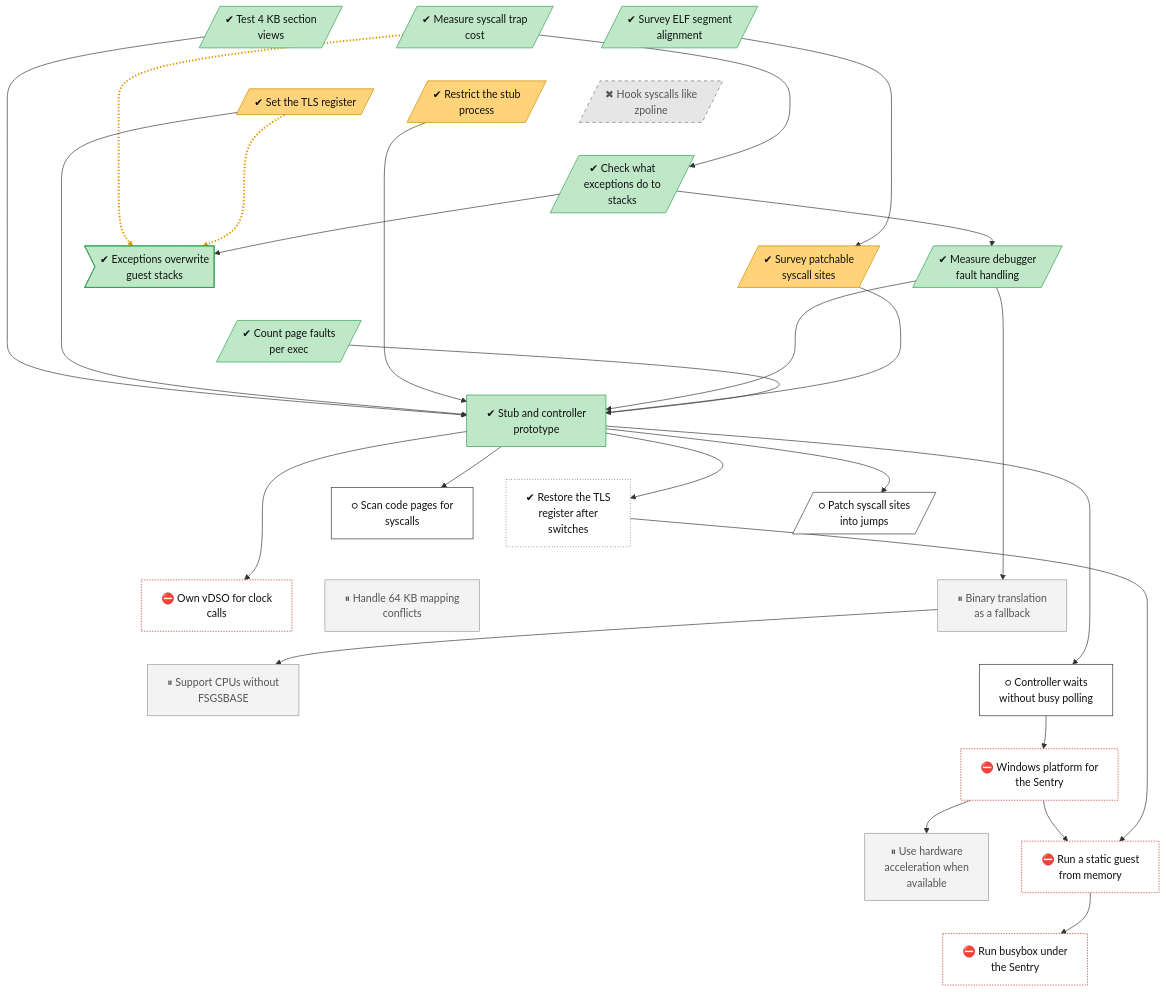
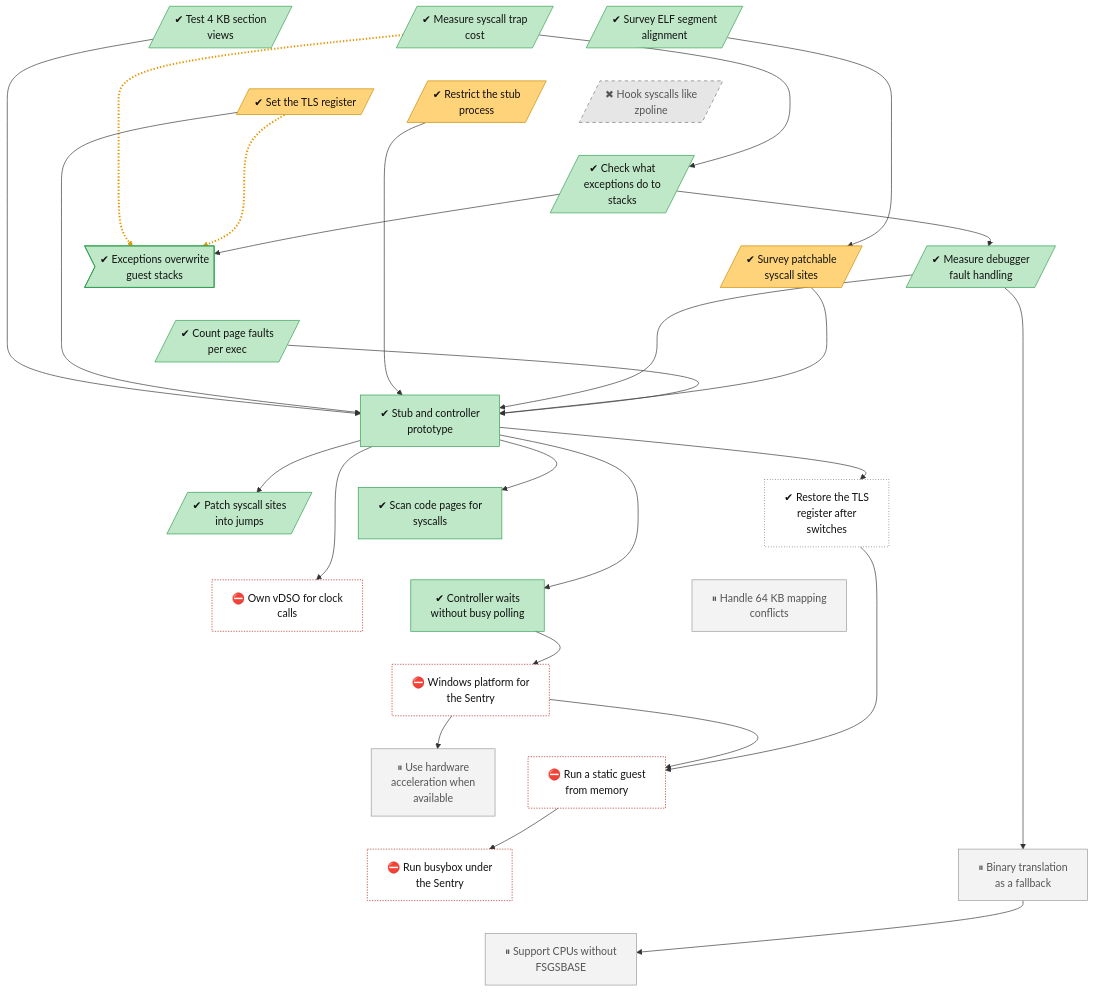
The diagram in docs/roadmap/tracks/platform.md (lhns/gvisor-windows), drawn with Mermaid before and after one commit. The commit also changed other lines of this file and 4 other files, not shown here.

````diff
--- a/docs/roadmap/tracks/platform.md
+++ b/docs/roadmap/tracks/platform.md
@@ -21,18 +21,18 @@
     platform_syscall_site_survey[/"✔ Survey patchable<br/>syscall sites"/]
     platform_faults_per_exec[/"✔ Count page faults<br/>per exec"/]
     platform_stub_controller["✔ Stub and controller<br/>prototype"]
+    platform_page_verification["✔ Scan code pages for<br/>syscalls"]
+    platform_syscall_fast_path[/"✔ Patch syscall sites<br/>into jumps"/]
     platform_fs_base_repair["✔ Restore the TLS<br/>register after<br/>switches"]
-    platform_page_verification["○ Scan code pages for<br/>syscalls"]
-    platform_syscall_fast_path[/"○ Patch syscall sites<br/>into jumps"/]
+    platform_controller_wakeups["✔ Controller waits<br/>without busy polling"]
     platform_own_vdso["⛔ Own vDSO for clock<br/>calls"]
     platform_64k_mapping_conflicts["⏸ Handle 64 KB mapping<br/>conflicts"]
-    platform_binary_translation_fallback["⏸ Binary translation<br/>as a fallback"]
-    platform_no_fsgsbase_fallback["⏸ Support CPUs without<br/>FSGSBASE"]
-    platform_controller_wakeups["○ Controller waits<br/>without busy polling"]
     platform_winstub["⛔ Windows platform for<br/>the Sentry"]
     platform_hardware_acceleration["⏸ Use hardware<br/>acceleration when<br/>available"]
     platform_static_guest_from_memory["⛔ Run a static guest<br/>from memory"]
     platform_busybox_on_windows["⛔ Run busybox under<br/>the Sentry"]
+    platform_binary_translation_fallback["⏸ Binary translation<br/>as a fallback"]
+    platform_no_fsgsbase_fallback["⏸ Support CPUs without<br/>FSGSBASE"]
     platform_elf_alignment_survey ~~~ platform_tls_register
     platform_trap_cost ~~~ platform_restricted_stub
     platform_4k_section_views ~~~ platform_zpoline_hooks
@@ -46,21 +46,21 @@
     platform_debug_event_cost ~~~ platform_faults_per_exec
     platform_syscall_site_survey ~~~ platform_faults_per_exec
     platform_faults_per_exec ~~~ platform_stub_controller
-    platform_stub_controller ~~~ platform_fs_base_repair
     platform_stub_controller ~~~ platform_page_verification
     platform_stub_controller ~~~ platform_syscall_fast_path
-    platform_fs_base_repair ~~~ platform_own_vdso
-    platform_page_verification ~~~ platform_64k_mapping_conflicts
-    platform_syscall_fast_path ~~~ platform_binary_translation_fallback
-    platform_own_vdso ~~~ platform_no_fsgsbase_fallback
-    platform_64k_mapping_conflicts ~~~ platform_controller_wakeups
-    platform_binary_translation_fallback ~~~ platform_controller_wakeups
-    platform_no_fsgsbase_fallback ~~~ platform_winstub
+    platform_stub_controller ~~~ platform_fs_base_repair
+    platform_page_verification ~~~ platform_controller_wakeups
+    platform_syscall_fast_path ~~~ platform_own_vdso
+    platform_fs_base_repair ~~~ platform_64k_mapping_conflicts
     platform_controller_wakeups ~~~ platform_winstub
+    platform_own_vdso ~~~ platform_winstub
+    platform_64k_mapping_conflicts ~~~ platform_winstub
     platform_winstub ~~~ platform_hardware_acceleration
     platform_winstub ~~~ platform_static_guest_from_memory
     platform_hardware_acceleration ~~~ platform_busybox_on_windows
-    platform_static_guest_from_memory ~~~ platform_busybox_on_windows
+    platform_static_guest_from_memory ~~~ platform_binary_translation_fallback
+    platform_busybox_on_windows ~~~ platform_no_fsgsbase_fallback
+    platform_binary_translation_fallback ~~~ platform_no_fsgsbase_fallback
     platform_trap_cost -.-> platform_veh_on_guest_stack_unsafe
     platform_tls_register -.-> platform_veh_on_guest_stack_unsafe
     platform_trap_cost --> platform_exception_stack
@@ -73,18 +73,18 @@
     platform_debug_event_cost --> platform_stub_controller
     platform_syscall_site_survey --> platform_stub_controller
     platform_faults_per_exec --> platform_stub_controller
-    platform_stub_controller --> platform_fs_base_repair
     platform_stub_controller --> platform_page_verification
     platform_stub_controller --> platform_syscall_fast_path
+    platform_stub_controller --> platform_fs_base_repair
+    platform_stub_controller --> platform_controller_wakeups
     platform_stub_controller --> platform_own_vdso
-    platform_debug_event_cost --> platform_binary_translation_fallback
-    platform_binary_translation_fallback --> platform_no_fsgsbase_fallback
-    platform_stub_controller --> platform_controller_wakeups
     platform_controller_wakeups --> platform_winstub
     platform_winstub --> platform_hardware_acceleration
     platform_winstub --> platform_static_guest_from_memory
     platform_fs_base_repair --> platform_static_guest_from_memory
     platform_static_guest_from_memory --> platform_busybox_on_windows
+    platform_debug_event_cost --> platform_binary_translation_fallback
+    platform_binary_translation_fallback --> platform_no_fsgsbase_fallback
     linkStyle 28,29 stroke:#e69500,stroke-width:3px,stroke-dasharray:2 3
     classDef vsucc fill:#2e9e4f,stroke:#1b6b34,color:#fff
     classDef succ fill:#bfe8c8,stroke:#2e9e4f,color:#111
@@ -100,11 +100,10 @@
     classDef decided fill:#ece0f7,stroke:#7b3fb5,stroke-dasharray:2 2,color:#111
     classDef finding fill:#ffe0b2,stroke:#d84315,stroke-width:2px,color:#111
     classDef waiting fill:#e3f2fd,stroke:#1f6fc5,stroke-dasharray:5 5,color:#111
-    class platform_elf_alignment_survey,platform_trap_cost,platform_4k_section_views,platform_exception_stack,platform_veh_on_guest_stack_unsafe,platform_debug_event_cost,platform_faults_per_exec,platform_stub_controller succ
+    class platform_elf_alignment_survey,platform_trap_cost,platform_4k_section_views,platform_exception_stack,platform_veh_on_guest_stack_unsafe,platform_debug_event_cost,platform_faults_per_exec,platform_stub_controller,platform_page_verification,platform_syscall_fast_path,platform_controller_wakeups succ
     class platform_tls_register,platform_restricted_stub,platform_syscall_site_survey mixed
     class platform_zpoline_hooks dead
     class platform_fs_base_repair unrated
-    class platform_page_verification,platform_syscall_fast_path,platform_controller_wakeups next
     class platform_own_vdso,platform_winstub,platform_static_guest_from_memory,platform_busybox_on_windows blocked
-    class platform_64k_mapping_conflicts,platform_binary_translation_fallback,platform_no_fsgsbase_fallback,platform_hardware_acceleration parked
+    class platform_64k_mapping_conflicts,platform_hardware_acceleration,platform_binary_translation_fallback,platform_no_fsgsbase_fallback parked
 ```
````
